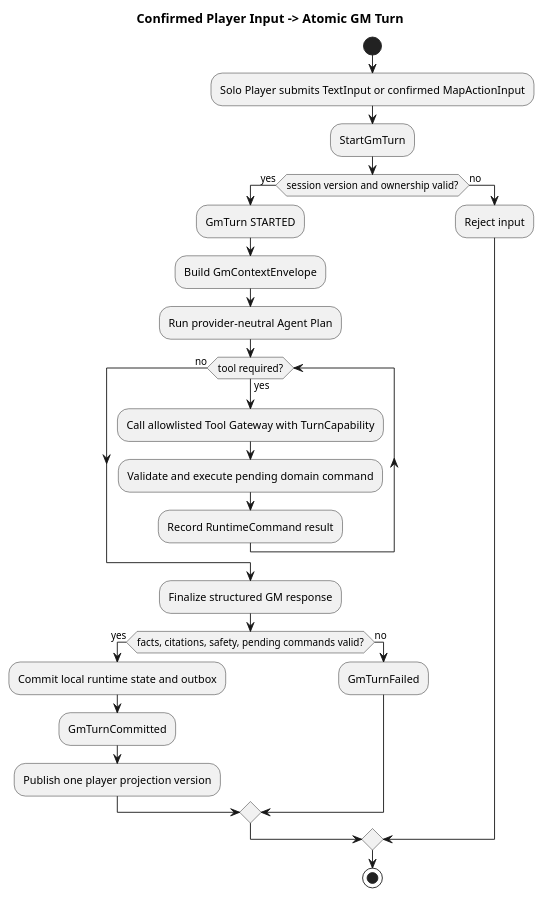
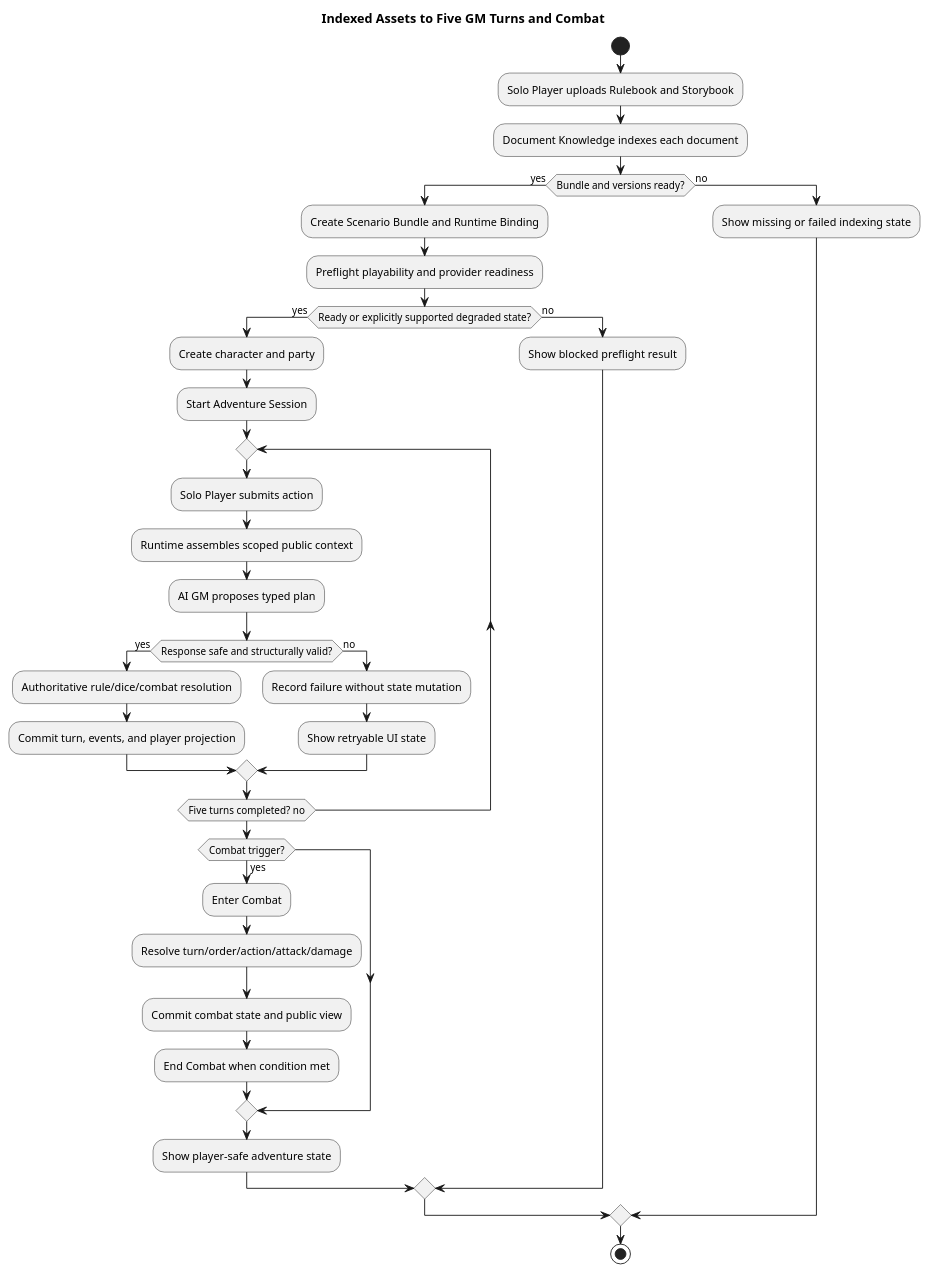
One commit to omegafrog/dnd-master changed the first of 4 diagrams in docs/specs/architecture-spec.md. Above: the diagram before and after it, drawn with PlantUML. The commit also changed other lines of this file and 24 other files, not shown here.

First line of the commit message:
feat: add UI blocker bug report for adventure plan generation failure

````diff
--- a/docs/specs/architecture-spec.md
+++ b/docs/specs/architecture-spec.md
@@ -43,29 +37,40 @@
 ```plantuml
 @startuml
-title Confirmed Player Input -> Atomic GM Turn
+title Indexed Assets to Five GM Turns and Combat
 start
-:Solo Player submits TextInput or confirmed MapActionInput;
-:StartGmTurn;
-if (session version and ownership valid?) then (yes)
-  :GmTurn STARTED;
-  :Build GmContextEnvelope;
-  :Run provider-neutral Agent Plan;
-  while (tool required?) is (yes)
-    :Call allowlisted Tool Gateway with TurnCapability;
-    :Validate and execute pending domain command;
-    :Record RuntimeCommand result;
-  endwhile (no)
-  :Finalize structured GM response;
-  if (facts, citations, safety, pending commands valid?) then (yes)
-    :Commit local runtime state and outbox;
-    :GmTurnCommitted;
-    :Publish one player projection version;
+:Solo Player uploads Rulebook and Storybook;
+:Document Knowledge indexes each document;
+if (Bundle and versions ready?) then (yes)
+  :Create Scenario Bundle and Runtime Binding;
+  :Preflight playability and provider readiness;
+  if (Ready or explicitly supported degraded state?) then (yes)
+    :Create character and party;
+    :Start Adventure Session;
+    repeat
+      :Solo Player submits action;
+      :Runtime assembles scoped public context;
+      :AI GM proposes typed plan;
+      if (Response safe and structurally valid?) then (yes)
+        :Authoritative rule/dice/combat resolution;
+        :Commit turn, events, and player projection;
+      else (no)
+        :Record failure without state mutation;
+        :Show retryable UI state;
+      endif
+    repeat while (Five turns completed? no)
+    if (Combat trigger?) then (yes)
+      :Enter Combat;
+      :Resolve turn/order/action/attack/damage;
+      :Commit combat state and public view;
+      :End Combat when condition met;
+    endif
+    :Show player-safe adventure state;
   else (no)
-    :GmTurnFailed;
+    :Show blocked preflight result;
   endif
 else (no)
-  :Reject input;
+  :Show missing or failed indexing state;
 endif
 stop
 @enduml
 ```
````
